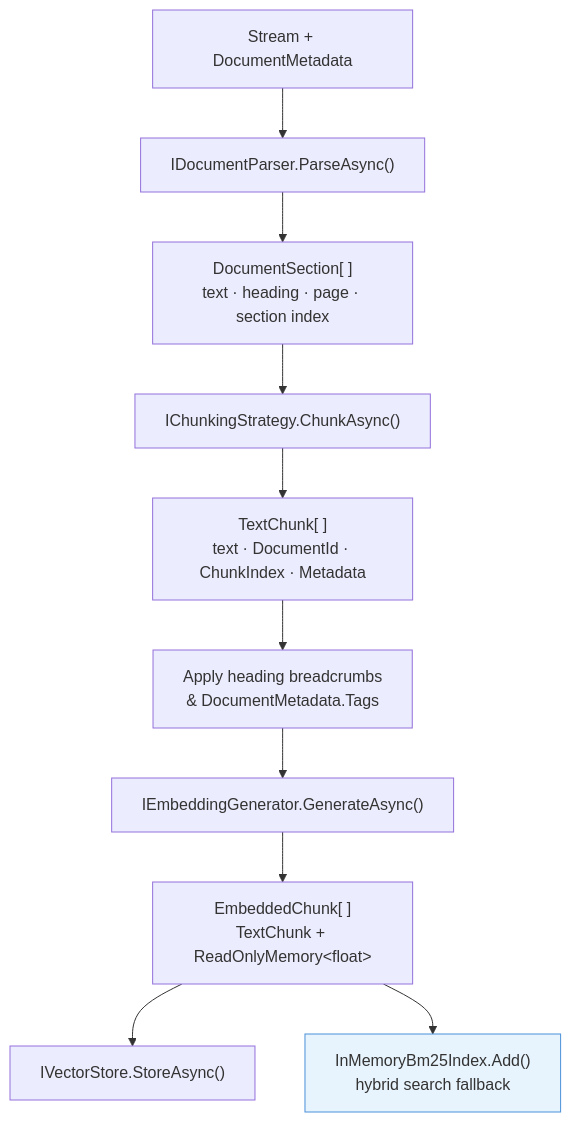
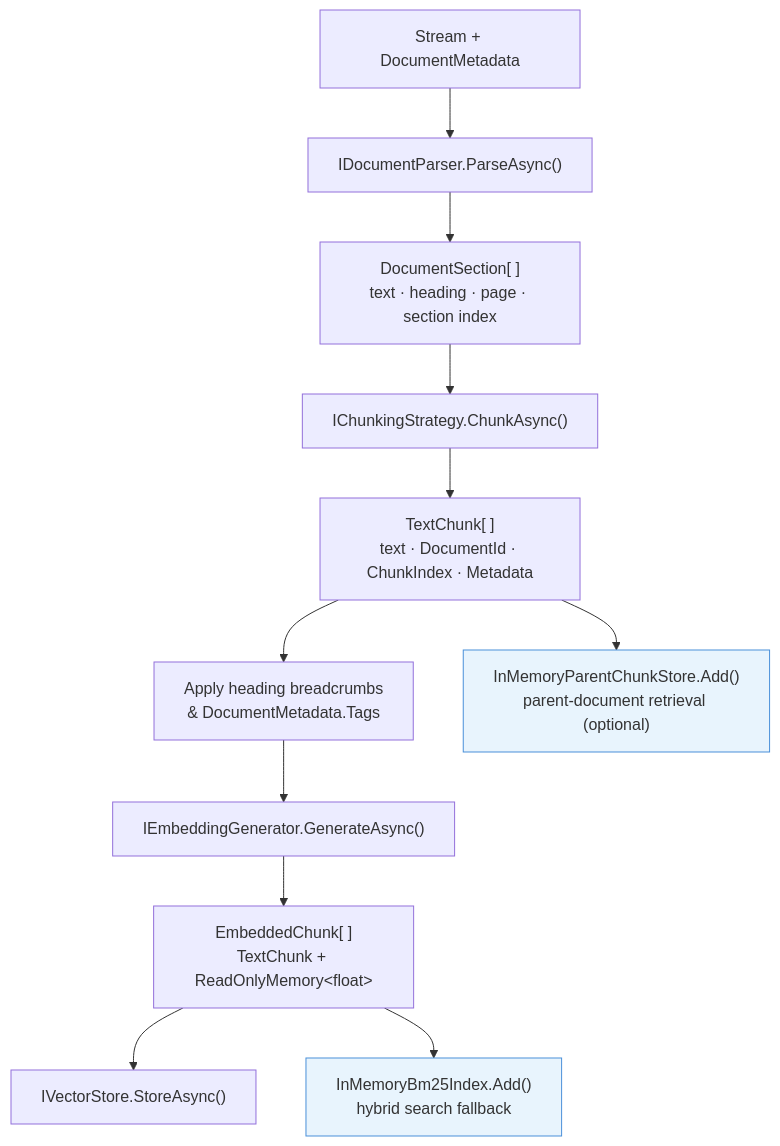
One commit to MarcelRoozekrans/Rag.NET changed the first of 3 diagrams in docs/architecture.md. Above: the diagram before and after it, drawn with Mermaid.

Commit message:
docs: add InMemoryParentChunkStore to ingestion diagram

````diff
--- a/docs/architecture.md
+++ b/docs/architecture.md
@@ -9,14 +9,16 @@
 ```mermaid
 flowchart TD
     A["Stream + DocumentMetadata"] --> B["IDocumentParser.ParseAsync()"]
     B --> C["DocumentSection[ ]<br>text · heading · page · section index"]
     C --> D["IChunkingStrategy.ChunkAsync()"]
     D --> E["TextChunk[ ]<br>text · DocumentId · ChunkIndex · Metadata"]
     E --> F["Apply heading breadcrumbs<br>& DocumentMetadata.Tags"]
     F --> G["IEmbeddingGenerator.GenerateAsync()"]
     G --> H["EmbeddedChunk[ ]<br>TextChunk + ReadOnlyMemory&lt;float&gt;"]
     H --> I["IVectorStore.StoreAsync()"]
     H --> J["InMemoryBm25Index.Add()<br>hybrid search fallback"]
+    E --> K["InMemoryParentChunkStore.Add()<br>parent-document retrieval (optional)"]
 
     style J fill:#e8f4fd,stroke:#4a90d9
+    style K fill:#e8f4fd,stroke:#4a90d9
 ```
````
